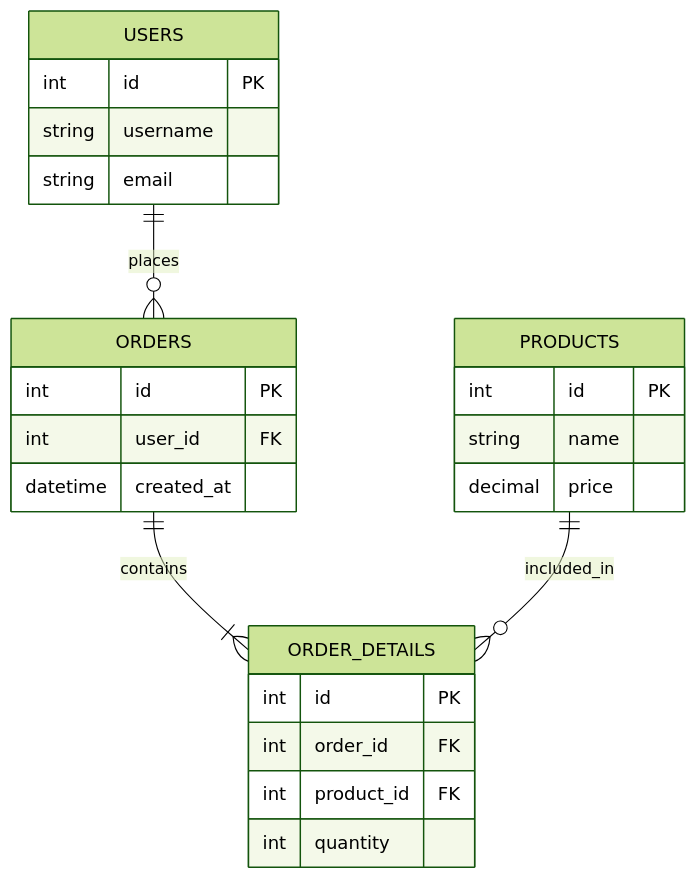
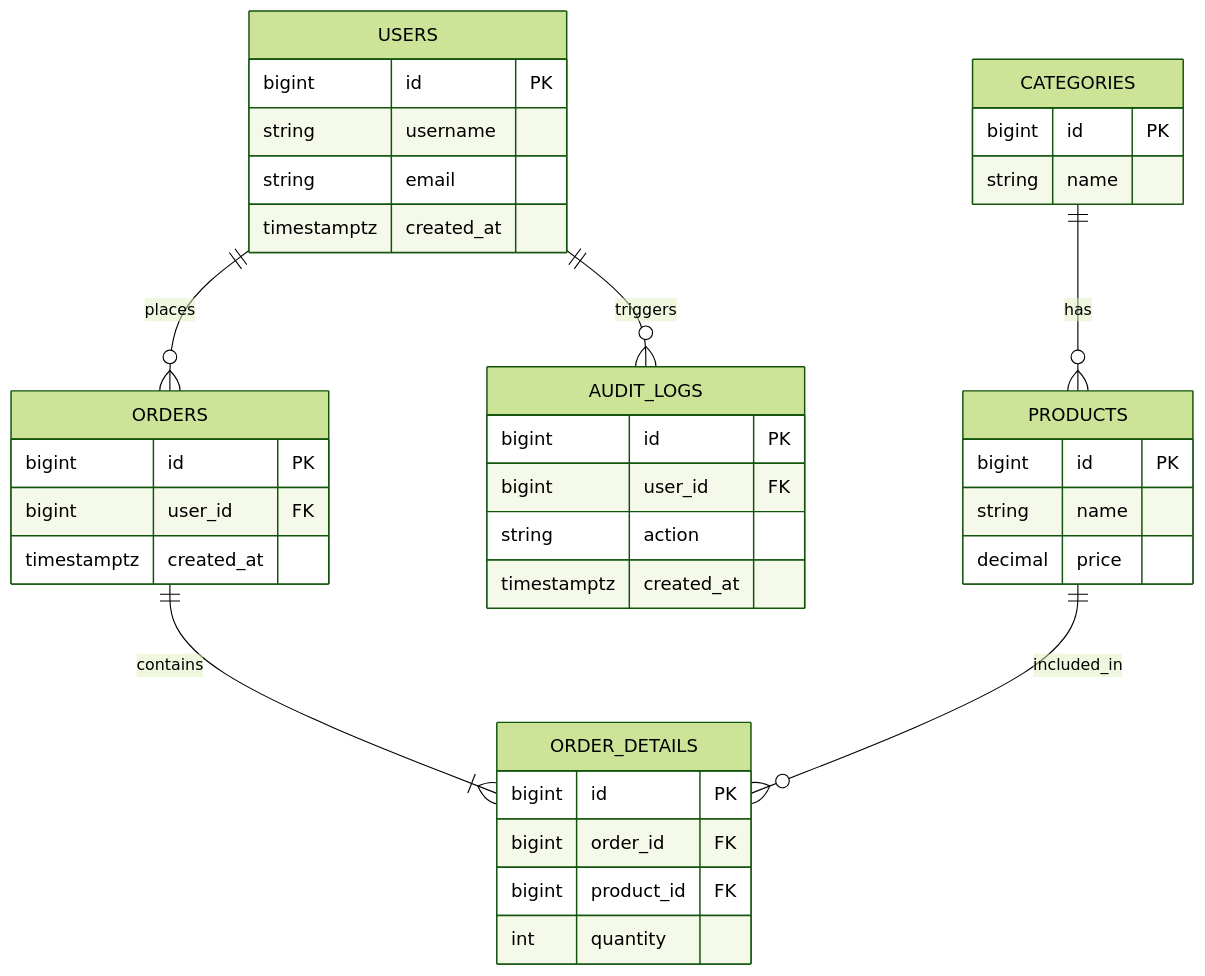
One commit to RyukaST077/aidriven_template changed the diagram in templates/implements_design/006_データ設計書.md. Above: the diagram before and after it, drawn with Mermaid (forest theme). The commit also changed other lines of this file and 4 other files, not shown here.

````diff
--- a/templates/implements_design/006_データ設計書.md
+++ b/templates/implements_design/006_データ設計書.md
@@ -32,28 +51,41 @@
 ```mermaid
 erDiagram
     USERS ||--o{ ORDERS : places
     ORDERS ||--|{ ORDER_DETAILS : contains
     PRODUCTS ||--o{ ORDER_DETAILS : included_in
-    
+    CATEGORIES ||--o{ PRODUCTS : has
+    USERS ||--o{ AUDIT_LOGS : triggers
+
     USERS {
-        int id PK
+        bigint id PK
         string username
         string email
+        timestamptz created_at
     }
     ORDERS {
-        int id PK
-        int user_id FK
-        datetime created_at
+        bigint id PK
+        bigint user_id FK
+        timestamptz created_at
     }
     ORDER_DETAILS {
-        int id PK
-        int order_id FK
-        int product_id FK
+        bigint id PK
+        bigint order_id FK
+        bigint product_id FK
         int quantity
     }
     PRODUCTS {
-        int id PK
+        bigint id PK
         string name
         decimal price
     }
+    CATEGORIES {
+        bigint id PK
+        string name
+    }
+    AUDIT_LOGS {
+        bigint id PK
+        bigint user_id FK
+        string action
+        timestamptz created_at
+    }
 ```
````
